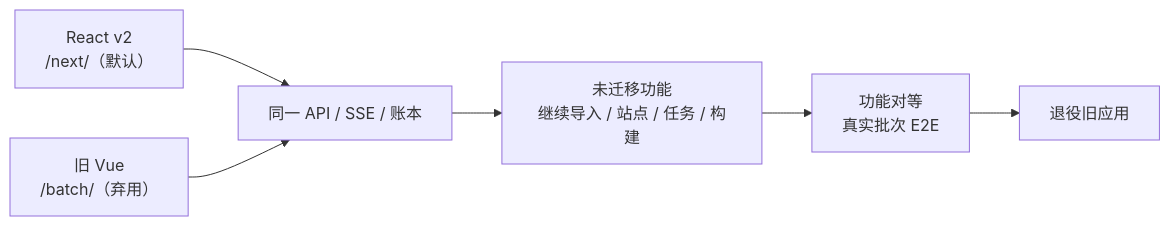
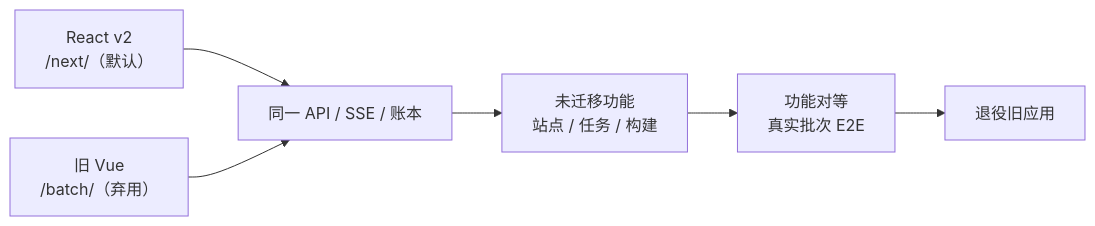
One commit to xuchaoxin1375/ai-ecom-crawler changed the diagram in docs/adr/0012-前端v2技术栈与设计系统.md. Above: the diagram before and after it, drawn with Mermaid. The commit also changed other lines of this file and 14 other files, not shown here.

````diff
--- a/docs/adr/0012-前端v2技术栈与设计系统.md
+++ b/docs/adr/0012-前端v2技术栈与设计系统.md
@@ -104,8 +104,8 @@
 ```mermaid
 flowchart LR
     R["React v2<br>/next/（默认）"] --> P["同一 API / SSE / 账本"]
     V["旧 Vue<br>/batch/（弃用）"] --> P
-    P --> S["未迁移功能<br>继续导入 / 站点 / 任务 / 构建"]
+    P --> S["未迁移功能<br>站点 / 任务 / 构建"]
     S --> C["功能对等<br>真实批次 E2E"]
     C --> E["退役旧应用"]
 ```
````
